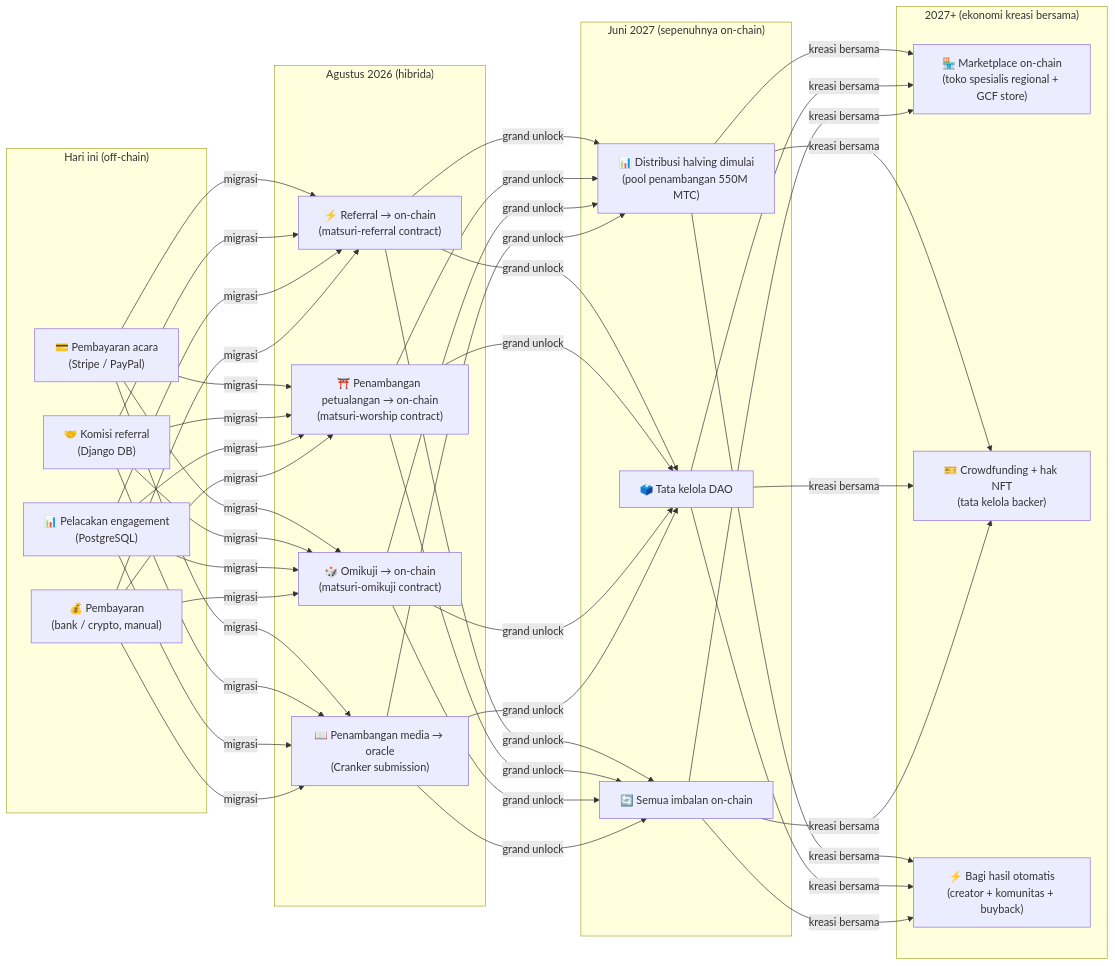
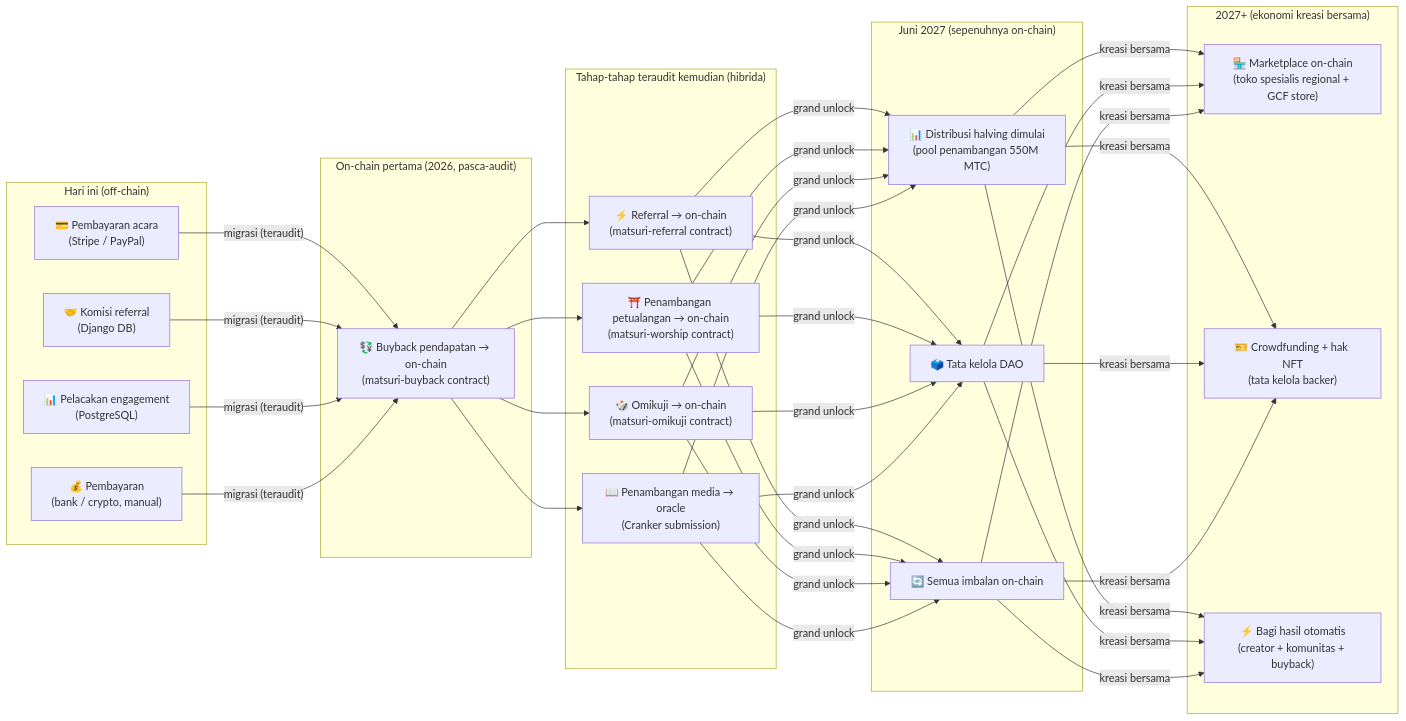
The fourth of 4 diagrams in i18n/id/docusaurus-plugin-content-docs/current/04-mining.md (Cootakahashi/matsuri-dao-whitepaper), drawn with Mermaid before and after one commit. The commit also changed other lines of this file and 79 other files, not shown here.

First line of the commit message:
docs: re-sequence on-chain roadmap to match the staged Hashlock audit (20 locales)

````diff
--- a/i18n/id/docusaurus-plugin-content-docs/current/04-mining.md
+++ b/i18n/id/docusaurus-plugin-content-docs/current/04-mining.md
@@ -334,28 +344,32 @@
 ```mermaid
 graph LR
     subgraph "Hari ini (off-chain)"
         O1["💳 Pembayaran acara\n(Stripe / PayPal)"]
         O2["🤝 Komisi referral\n(Django DB)"]
         O3["📊 Pelacakan engagement\n(PostgreSQL)"]
         O4["💰 Pembayaran\n(bank / crypto, manual)"]
     end
-    subgraph "Agustus 2026 (hibrida)"
+    subgraph "On-chain pertama (2026, pasca-audit)"
+        H0["💱 Buyback pendapatan → on-chain\n(matsuri-buyback contract)"]
+    end
+    subgraph "Tahap-tahap teraudit kemudian (hibrida)"
         H1["⚡ Referral → on-chain\n(matsuri-referral contract)"]
         H2["⛩️ Penambangan petualangan → on-chain\n(matsuri-worship contract)"]
         H3["🎲 Omikuji → on-chain\n(matsuri-omikuji contract)"]
         H4["📖 Penambangan media → oracle\n(Cranker submission)"]
     end
     subgraph "Juni 2027 (sepenuhnya on-chain)"
         F1["📊 Distribusi halving dimulai\n(pool penambangan 550M MTC)"]
         F2["🗳️ Tata kelola DAO"]
         F3["🔄 Semua imbalan on-chain"]
     end
     subgraph "2027+ (ekonomi kreasi bersama)"
         G1["🏪 Marketplace on-chain\n(toko spesialis regional + GCF store)"]
         G2["🎫 Crowdfunding + hak NFT\n(tata kelola backer)"]
         G3["⚡ Bagi hasil otomatis\n(creator + komunitas + buyback)"]
     end
-    O1 & O2 & O3 & O4 -->|"migrasi"| H1 & H2 & H3 & H4
+    O1 & O2 & O3 & O4 -->|"migrasi (teraudit)"| H0
+    H0 --> H1 & H2 & H3 & H4
     H1 & H2 & H3 & H4 -->|"grand unlock"| F1 & F2 & F3
     F1 & F2 & F3 -->|"kreasi bersama"| G1 & G2 & G3
 ```
````
